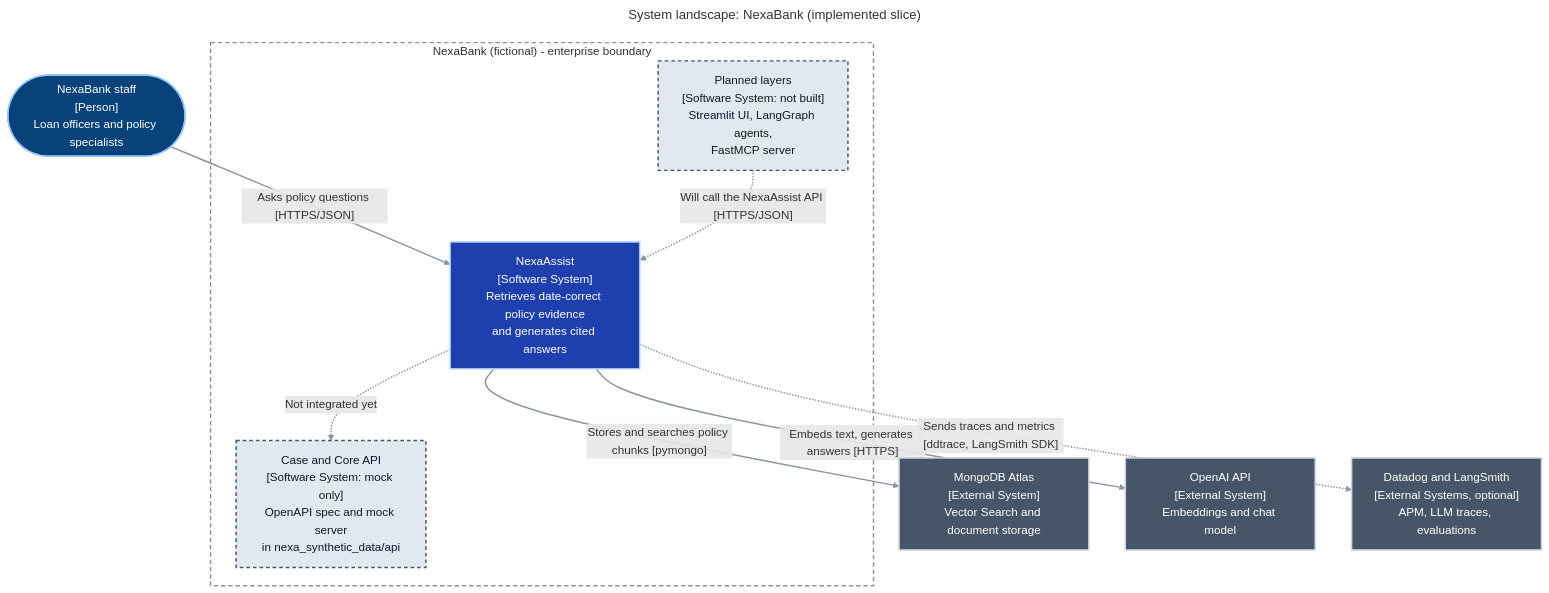
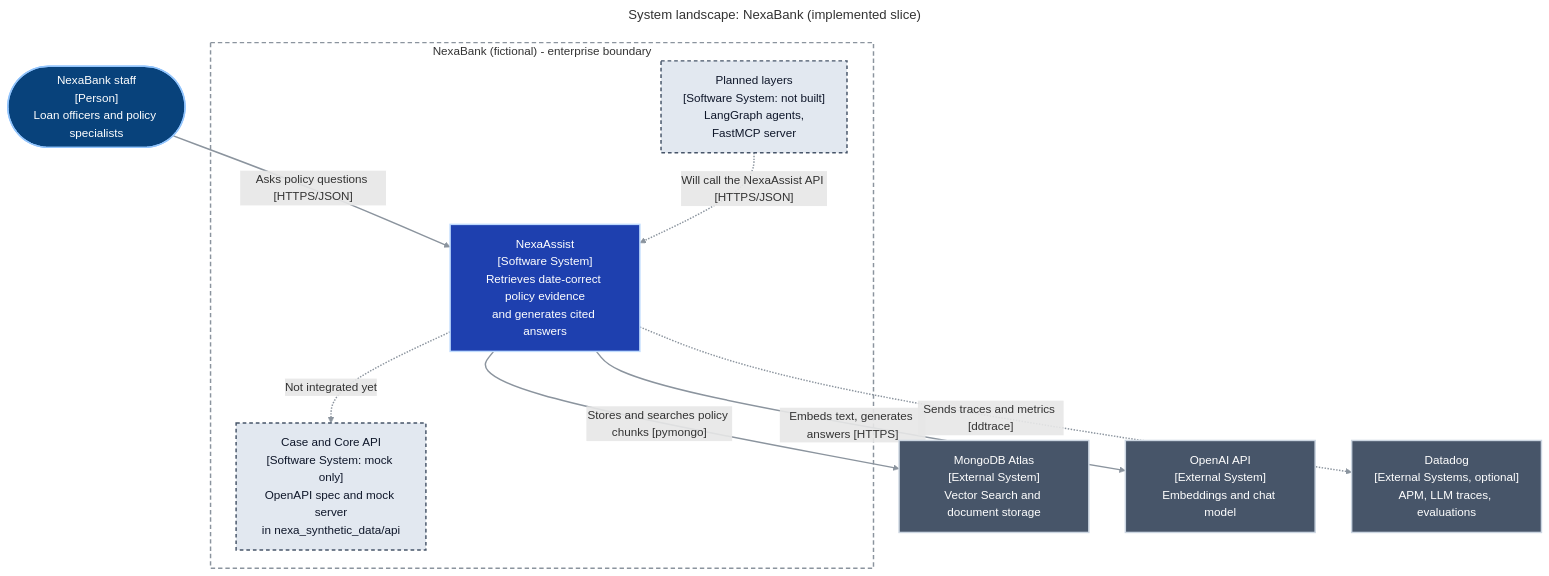
Before and after one commit to bharathk5678/NexaAssist: the fourth of 16 diagrams in README.md, drawn with Mermaid. The commit also changed other lines of this file and 124 other files, not shown here.

````diff
--- a/README.md
+++ b/README.md
@@ -124,31 +186,31 @@
 ```mermaid
 ---
 title: "System landscape: NexaBank (implemented slice)"
 ---
 flowchart TB
     staff(["NexaBank staff<br/>[Person]<br/>Loan officers and policy specialists"]):::person
 
     subgraph BANK["NexaBank (fictional) - enterprise boundary"]
         nexa["NexaAssist<br/>[Software System]<br/>Retrieves date-correct policy evidence<br/>and generates cited answers"]:::system
-        planned["Planned layers<br/>[Software System: not built]<br/>Streamlit UI, LangGraph agents,<br/>FastMCP server"]:::planned
+        planned["Planned layers<br/>[Software System: not built]<br/>LangGraph agents,<br/>FastMCP server"]:::planned
         core["Case and Core API<br/>[Software System: mock only]<br/>OpenAPI spec and mock server<br/>in nexa_synthetic_data/api"]:::planned
     end
 
     atlas["MongoDB Atlas<br/>[External System]<br/>Vector Search and document storage"]:::external
     openai["OpenAI API<br/>[External System]<br/>Embeddings and chat model"]:::external
-    obs["Datadog and LangSmith<br/>[External Systems, optional]<br/>APM, LLM traces, evaluations"]:::external
+    obs["Datadog<br/>[External Systems, optional]<br/>APM, LLM traces, evaluations"]:::external
 
     staff -->|"Asks policy questions [HTTPS/JSON]"| nexa
     nexa -->|"Stores and searches policy chunks [pymongo]"| atlas
     nexa -->|"Embeds text, generates answers [HTTPS]"| openai
-    nexa -.->|"Sends traces and metrics [ddtrace, LangSmith SDK]"| obs
+    nexa -.->|"Sends traces and metrics [ddtrace]"| obs
     planned -.->|"Will call the NexaAssist API [HTTPS/JSON]"| nexa
     nexa -.->|"Not integrated yet"| core
 
     classDef person fill:#08427b,stroke:#93c5fd,color:#ffffff,stroke-width:2px
     classDef system fill:#1e40af,stroke:#bfdbfe,color:#ffffff,stroke-width:2px
     classDef external fill:#475569,stroke:#cbd5e1,color:#ffffff,stroke-width:2px
     classDef planned fill:#e2e8f0,stroke:#475569,color:#0f172a,stroke-width:2px,stroke-dasharray:5 4
     style BANK fill:none,stroke:#8b949e,stroke-width:2px,stroke-dasharray:6 4
     linkStyle default stroke:#8b949e,stroke-width:2px
 ```
````
